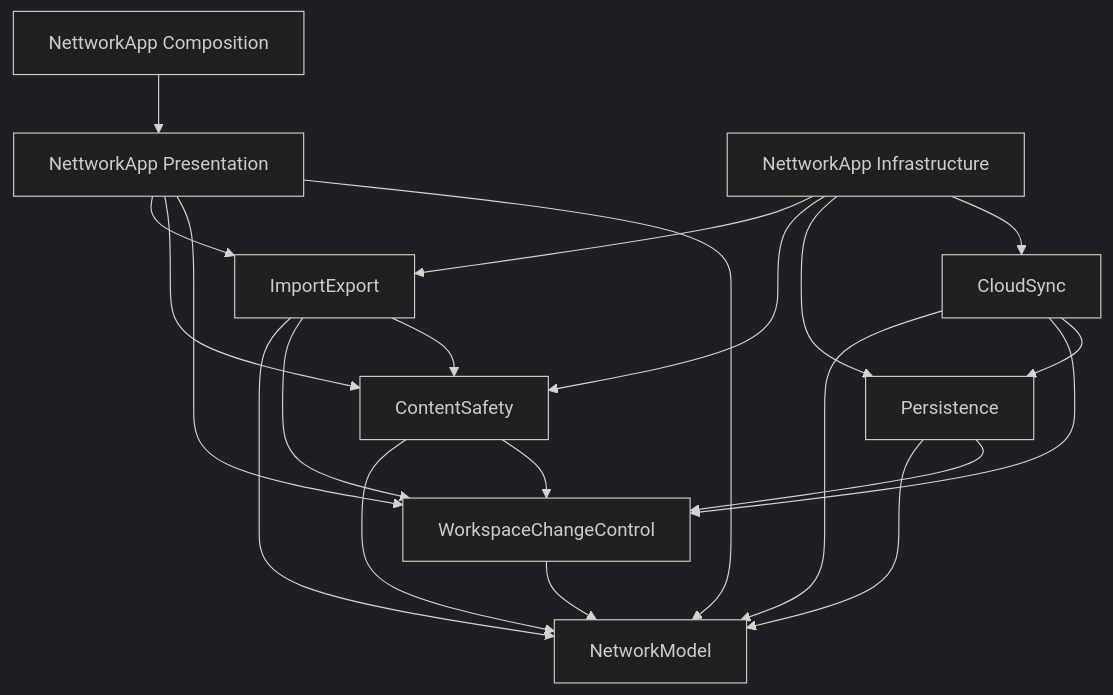
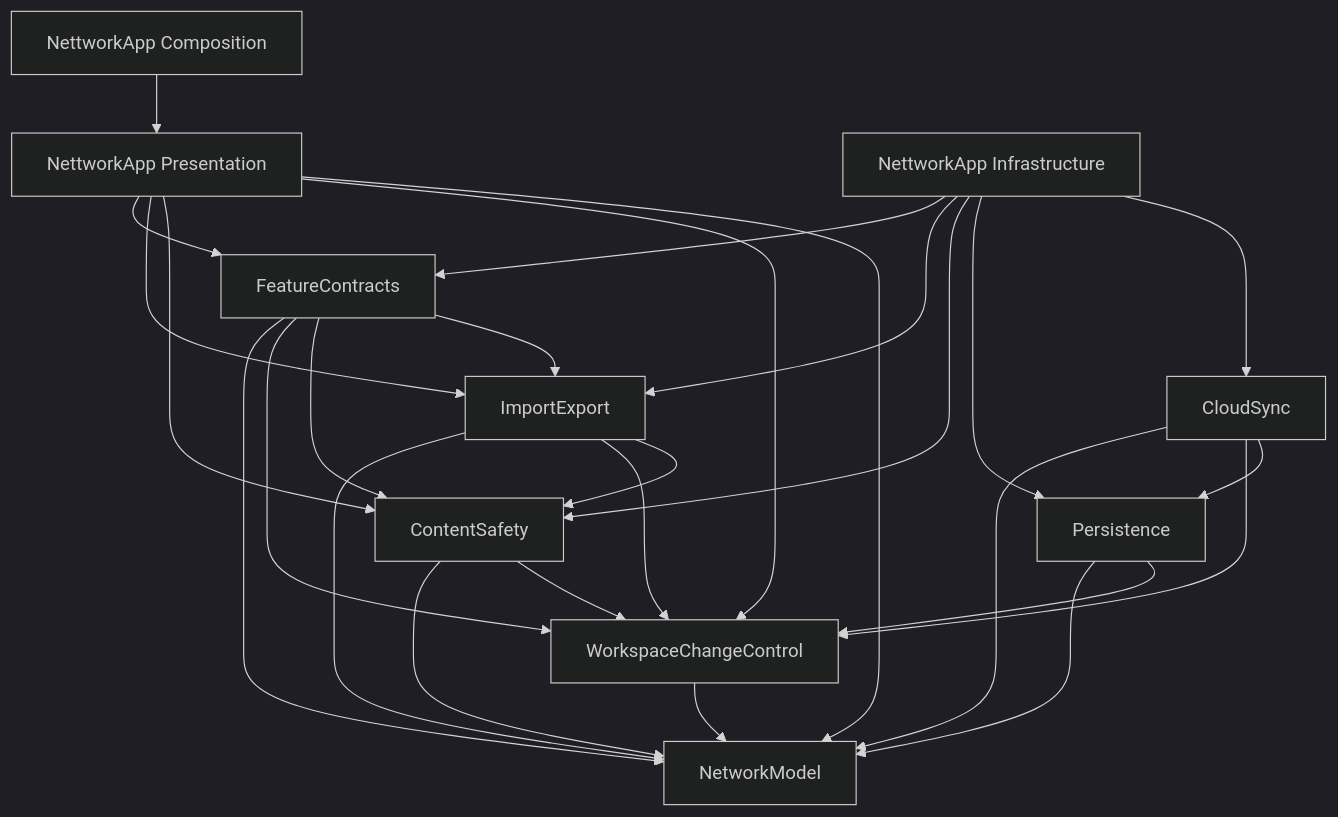
One commit to sebastianspicker/nettwork-infrastructure changed the second of 3 diagrams in docs/ARCHITECTURE.md. Above: the diagram before and after it, drawn with Mermaid (dark theme). The commit also changed other lines of this file and 175 other files, not shown here.

First line of the commit message:
Land in-progress native features and split out FeatureContracts

````diff
--- a/docs/ARCHITECTURE.md
+++ b/docs/ARCHITECTURE.md
@@ -37,24 +37,30 @@
 ```mermaid
 flowchart TD
     WCC[WorkspaceChangeControl] --> Model[NetworkModel]
     Persistence --> WCC
     Persistence --> Model
     CloudSync --> Persistence
     CloudSync --> WCC
     CloudSync --> Model
     ContentSafety --> WCC
     ContentSafety --> Model
     ImportExport --> ContentSafety
     ImportExport --> WCC
     ImportExport --> Model
+    Contracts[FeatureContracts] --> ImportExport
+    Contracts --> ContentSafety
+    Contracts --> WCC
+    Contracts --> Model
 
     Presentation[NettworkApp Presentation] --> Model
     Presentation --> WCC
     Presentation --> ContentSafety
     Presentation --> ImportExport
+    Presentation --> Contracts
     Composition[NettworkApp Composition] --> Presentation
     Infrastructure[NettworkApp Infrastructure] --> CloudSync
     Infrastructure --> Persistence
     Infrastructure --> ContentSafety
     Infrastructure --> ImportExport
+    Infrastructure --> Contracts
 ```
````
